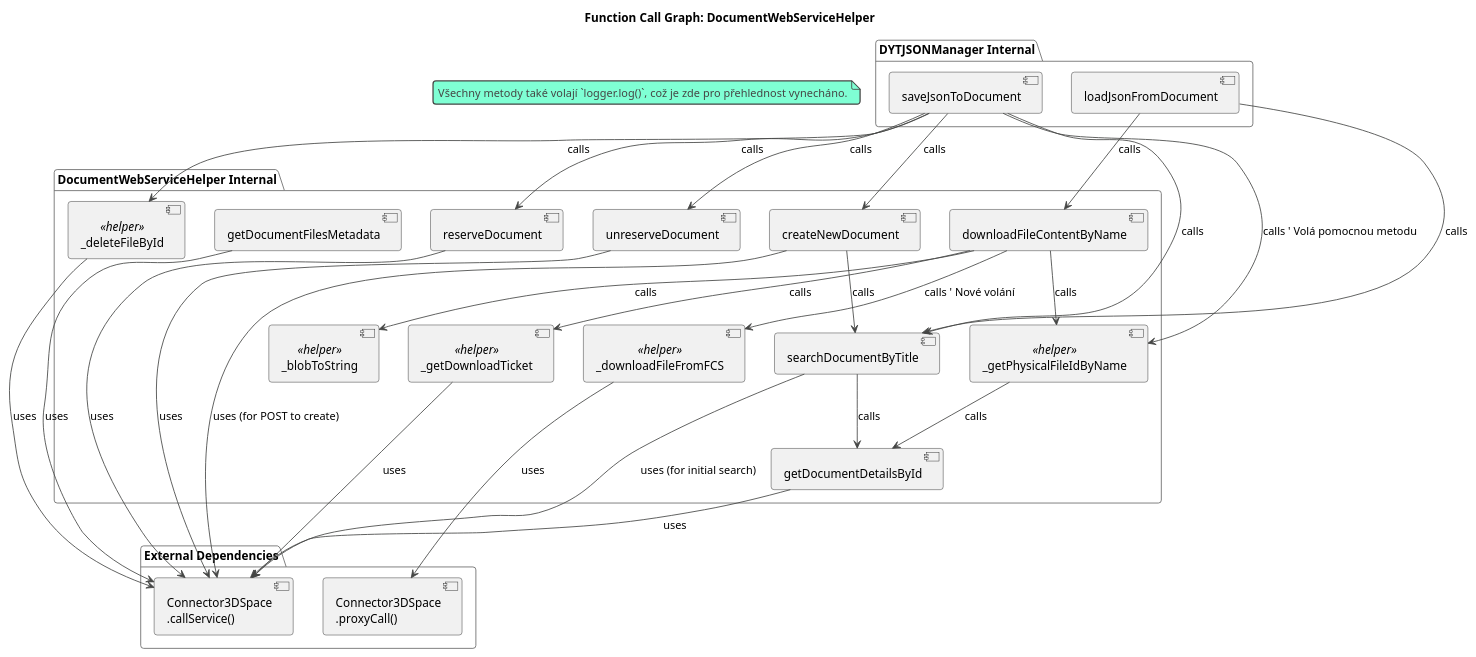
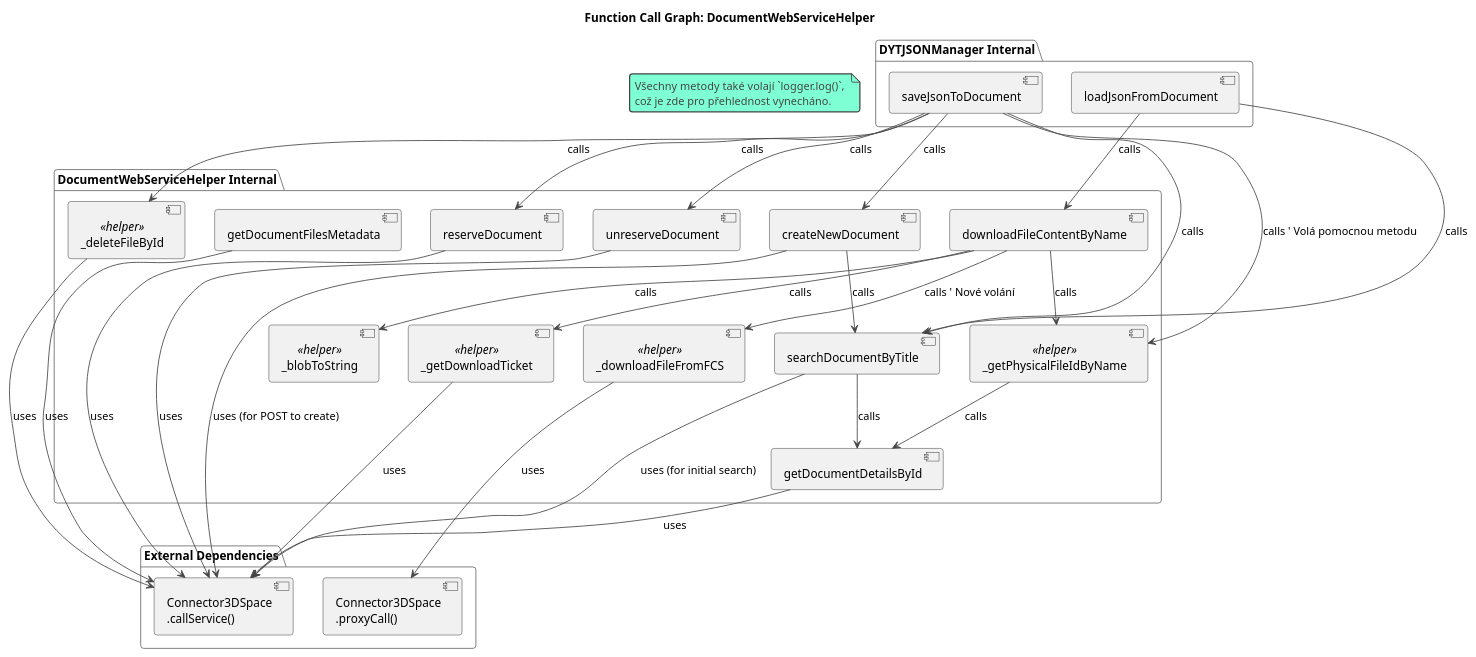
The diagram in Docs/vazby_mezi_funkcemi.puml (rkonvicny/DYTUtils), drawn with PlantUML before and after one commit. The commit also changed 4 other files, not shown here.

```diff
--- a/Docs/vazby_mezi_funkcemi.puml
+++ b/Docs/vazby_mezi_funkcemi.puml
@@ -1,84 +1,87 @@
 @startuml FunctionCallGraph_DocumentWebServiceHelper
 !theme vibrant
 title Function Call Graph: DocumentWebServiceHelper
 
 package "DocumentWebServiceHelper Internal" {
     component getDocumentDetailsById
     component searchDocumentByTitle
     component createNewDocument
     component downloadFileContentByName
     component getDocumentFilesMetadata
     component reserveDocument
     component unreserveDocument
     
     ' Pomocné metody (volané pouze interně v DocumentWebServiceHelper)
     component _getPhysicalFileIdByName <<helper>>
     component _getDownloadTicket <<helper>>
     component _downloadFileFromFCS <<helper>>
     component _blobToString <<helper>>
     component _deleteFileById <<helper>>
-}
+} 
 
 package "DYTJSONManager Internal" {
     component saveJsonToDocument
     component loadJsonFromDocument
 }
 
 package "External Dependencies" {
     component Connector3DSpace_callService [
     Connector3DSpace
     .callService()
     ]
     component Connector3DSpace_proxyCall [
     Connector3DSpace
     .proxyCall()
     ]
 }
 
 ' --- Volání z veřejných metod na jiné interní metody ---
 searchDocumentByTitle --> getDocumentDetailsById : calls
 createNewDocument --> searchDocumentByTitle : calls
 downloadFileContentByName --> _getPhysicalFileIdByName : calls
 downloadFileContentByName --> _getDownloadTicket : calls
 downloadFileContentByName --> _downloadFileFromFCS : calls ' Nové volání
 downloadFileContentByName --> _blobToString : calls
 
 
 
 saveJsonToDocument --> searchDocumentByTitle : calls
 saveJsonToDocument --> createNewDocument : calls
 saveJsonToDocument --> reserveDocument : calls
 ' saveJsonToDocument --> getDocumentFilesMetadata : calls
 saveJsonToDocument --> _getPhysicalFileIdByName : calls ' Volá pomocnou metodu
 
 saveJsonToDocument --> _deleteFileById : calls
 saveJsonToDocument --> unreserveDocument : calls
 
 loadJsonFromDocument --> searchDocumentByTitle : calls
 loadJsonFromDocument --> downloadFileContentByName : calls
 
 ' --- Volání z pomocných metod na jiné interní metody ---
 _getPhysicalFileIdByName --> getDocumentDetailsById : calls
 
 ' --- Volání na externí závislosti (Connector3DSpace) ---
 getDocumentDetailsById --> Connector3DSpace_callService : uses
 ' searchDocumentByTitle volá getDocumentDetailsById, které volá Connector3DSpace_callService
 ' createNewDocument volá searchDocumentByTitle, které volá getDocumentDetailsById, které volá Connector3DSpace_callService
 
 searchDocumentByTitle --> Connector3DSpace_callService : uses (for initial search)
 createNewDocument --> Connector3DSpace_callService : uses (for POST to create)
 _getDownloadTicket --> Connector3DSpace_callService : uses
 
 getDocumentFilesMetadata --> Connector3DSpace_callService : uses
 reserveDocument --> Connector3DSpace_callService : uses
 unreserveDocument --> Connector3DSpace_callService : uses
 _deleteFileById --> Connector3DSpace_callService : uses
 
 ' _getPhysicalFileIdByName volá getDocumentDetailsById, které volá Connector3DSpace_callService
 
 _downloadFileFromFCS --> Connector3DSpace_proxyCall : uses
 
 ' --- Poznámky ---
-note "Všechny metody také volají `logger.log()`, což je zde pro přehlednost vynecháno." as LoggingNote
+note as LoggingNote
+    Všechny metody také volají `logger.log()`, 
+    což je zde pro přehlednost vynecháno.
+endnote
 
 @enduml
```
